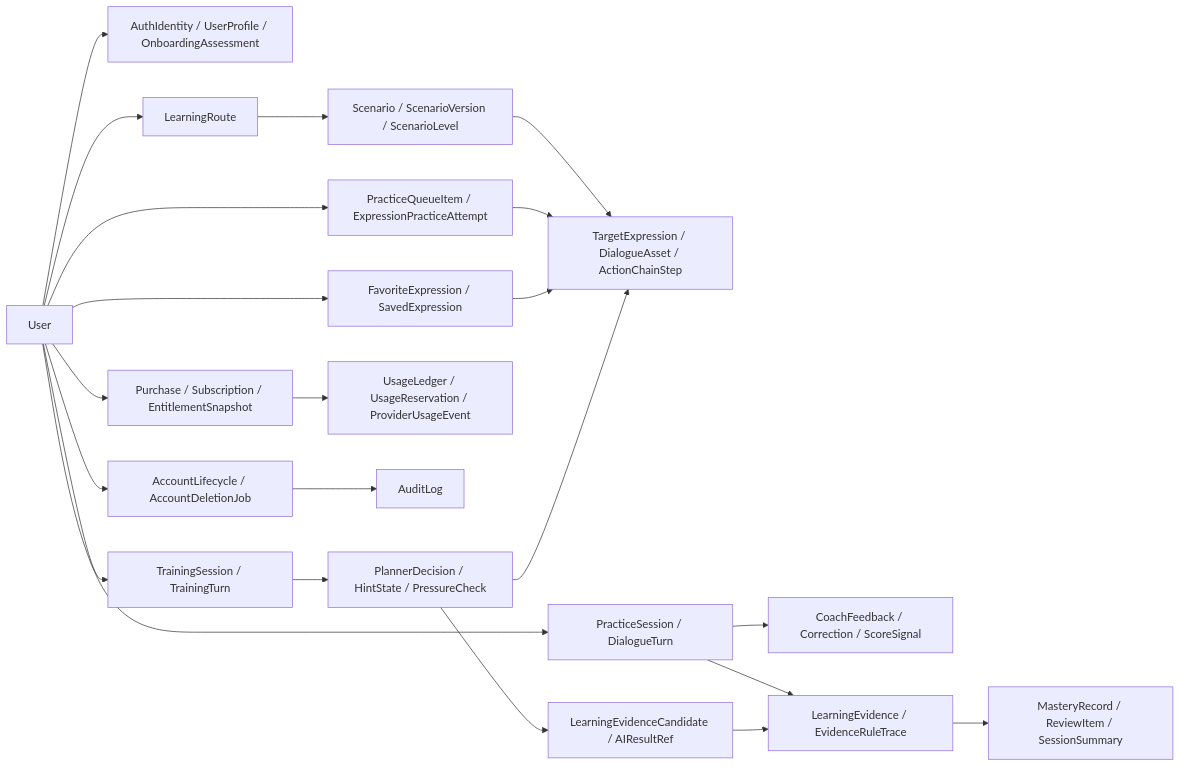
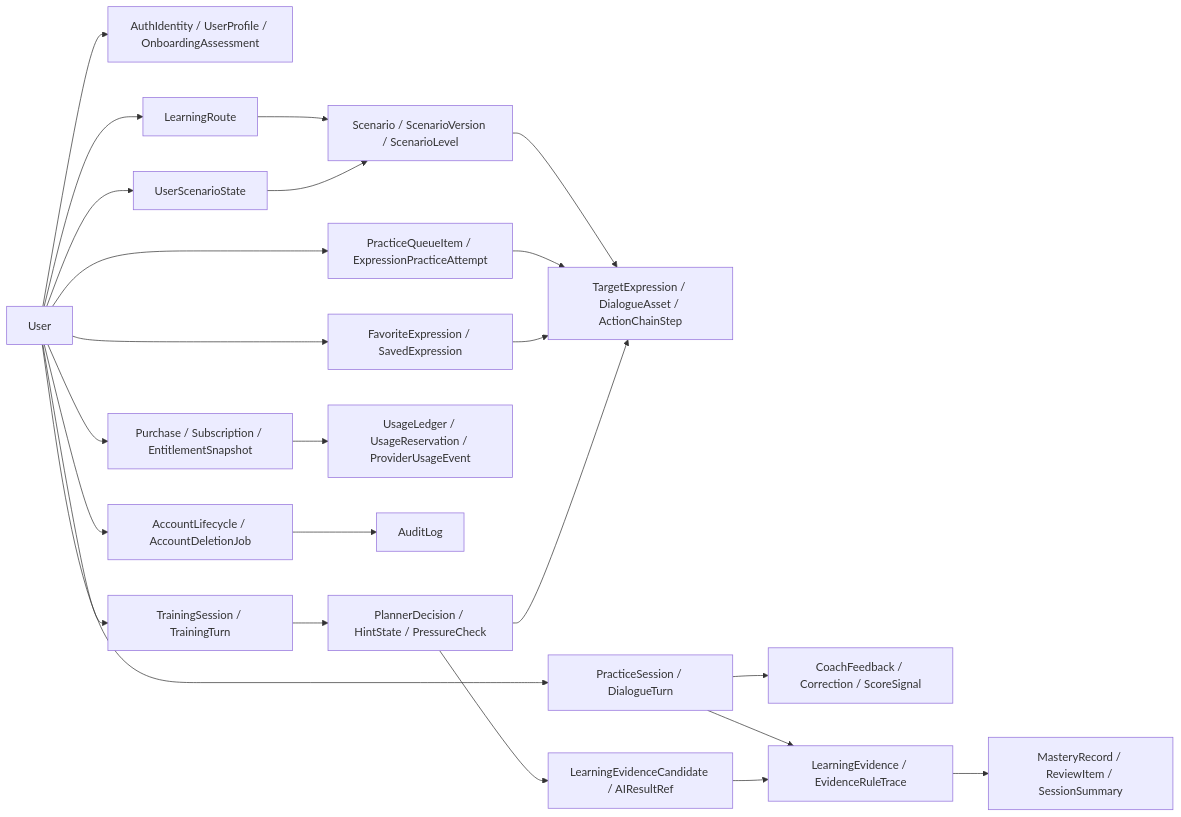
The diagram in docs/domain/entity_relationship.md (tomzengzone/speakeasy), drawn with Mermaid before and after one commit. The commit also changed other lines of this file and 135 other files, not shown here.

````diff
--- a/docs/domain/entity_relationship.md
+++ b/docs/domain/entity_relationship.md
@@ -21,28 +21,30 @@
 ```mermaid
 flowchart LR
   User["User"] --> Identity["AuthIdentity / UserProfile / OnboardingAssessment"]
   User --> Route["LearningRoute"]
+  User --> UserScenarioState["UserScenarioState"]
   Route --> Scenario["Scenario / ScenarioVersion / ScenarioLevel"]
+  UserScenarioState --> Scenario
   Scenario --> Expression["TargetExpression / DialogueAsset / ActionChainStep"]
 
   User --> Practice["PracticeSession / DialogueTurn"]
   Practice --> Feedback["CoachFeedback / Correction / ScoreSignal"]
   Practice --> Evidence["LearningEvidence / EvidenceRuleTrace"]
   Evidence --> Mastery["MasteryRecord / ReviewItem / SessionSummary"]
 
   User --> Queue["PracticeQueueItem / ExpressionPracticeAttempt"]
   Queue --> Expression
   User --> Favorites["FavoriteExpression / SavedExpression"]
   Favorites --> Expression
 
   User --> Commerce["Purchase / Subscription / EntitlementSnapshot"]
   Commerce --> Usage["UsageLedger / UsageReservation / ProviderUsageEvent"]
   User --> Deletion["AccountLifecycle / AccountDeletionJob"]
   Deletion --> Audit["AuditLog"]
 
   User --> Training["TrainingSession / TrainingTurn"]
   Training --> Planner["PlannerDecision / HintState / PressureCheck"]
   Planner --> Expression
   Planner --> EvidenceCandidate["LearningEvidenceCandidate / AIResultRef"]
   EvidenceCandidate --> Evidence
 ```
````
